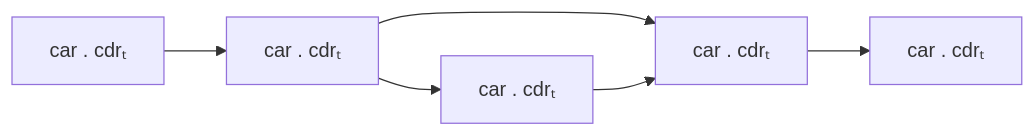
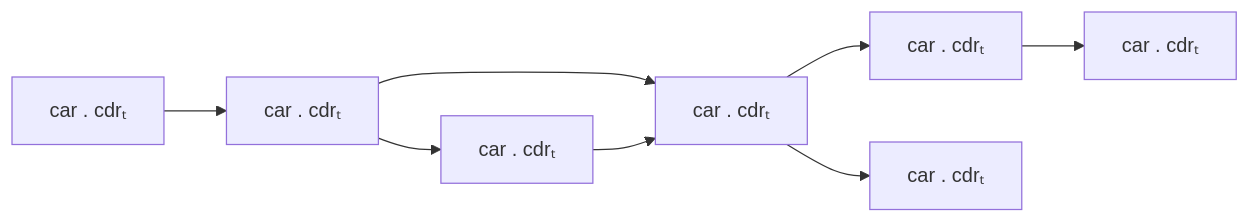
One commit to raviqqe/doc changed the diagram in slides/papers/stak-scheme/code-graph-in-depth.mmd. Above: the diagram before and after it, drawn with Mermaid.

```diff
--- a/slides/papers/stak-scheme/code-graph-in-depth.mmd
+++ b/slides/papers/stak-scheme/code-graph-in-depth.mmd
@@ -1,4 +1,6 @@
 flowchart LR
   c0["car . cdrₜ"] --> c1["car . cdrₜ"] --> c2["car . cdrₜ"]
   c1 --> c3["car . cdrₜ"] --> c2["car . cdrₜ"]
   c2 --> c4["car . cdrₜ"]
+  c2 --> c5["car . cdrₜ"]
+  c4 --> c6["car . cdrₜ"]
```
